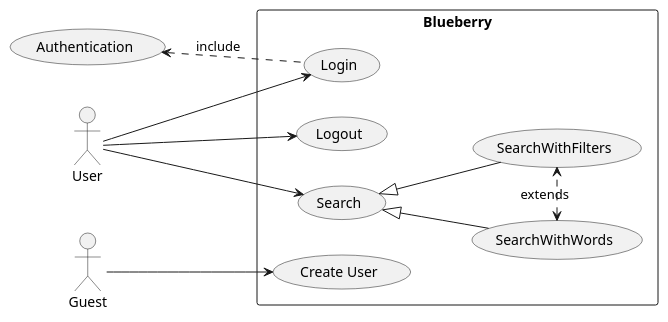
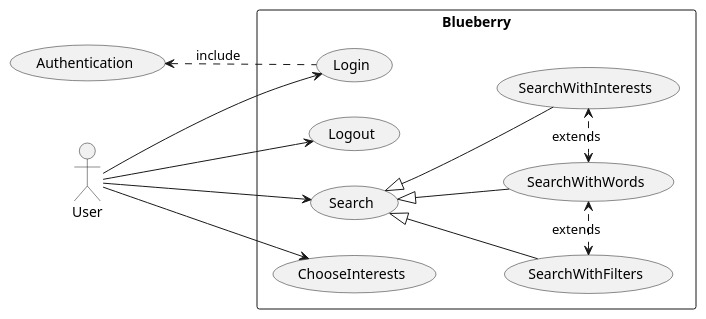
The diagram in docs/uml/usecase.puml (toffernator/blueberry), drawn with PlantUML before and after one commit. The commit also changed 2 other files, not shown here.

Commit message:
Update the sequence and usecase diagrams (#141)
* Update the sequence and usecase diagrams

* Remove guest from usecase diagram

* update text on sequence diagram

```diff
--- a/docs/uml/usecase.puml
+++ b/docs/uml/usecase.puml
@@ -1,26 +1,28 @@
 @startuml
 left to right direction
 actor "User" as user
-actor "Guest" as guest
 rectangle Blueberry {
-  usecase "Create User" as create
+  usecase "ChooseInterests" as interests
   usecase "Login" as login
   usecase "Logout" as logout
   usecase "Search" as search
-  usecase "SearchWithWords" as filter
-  usecase "SearchWithFilters" as unfilter
+  usecase "SearchWithInterests" as searchinterests
+  usecase "SearchWithWords" as unfilter
+  usecase "SearchWithFilters" as filter
 }
 usecase "Authentication" as auth
 
 user --> login
 user --> logout
+user --> interests
 login -up.> auth : include
 
 user --> search
 search <|-- filter
 search <|-- unfilter
+search <|-- searchinterests
 
+searchinterests <.left.> unfilter : extends
 filter <.> unfilter : extends 
 
-guest --> create
 @enduml
```
